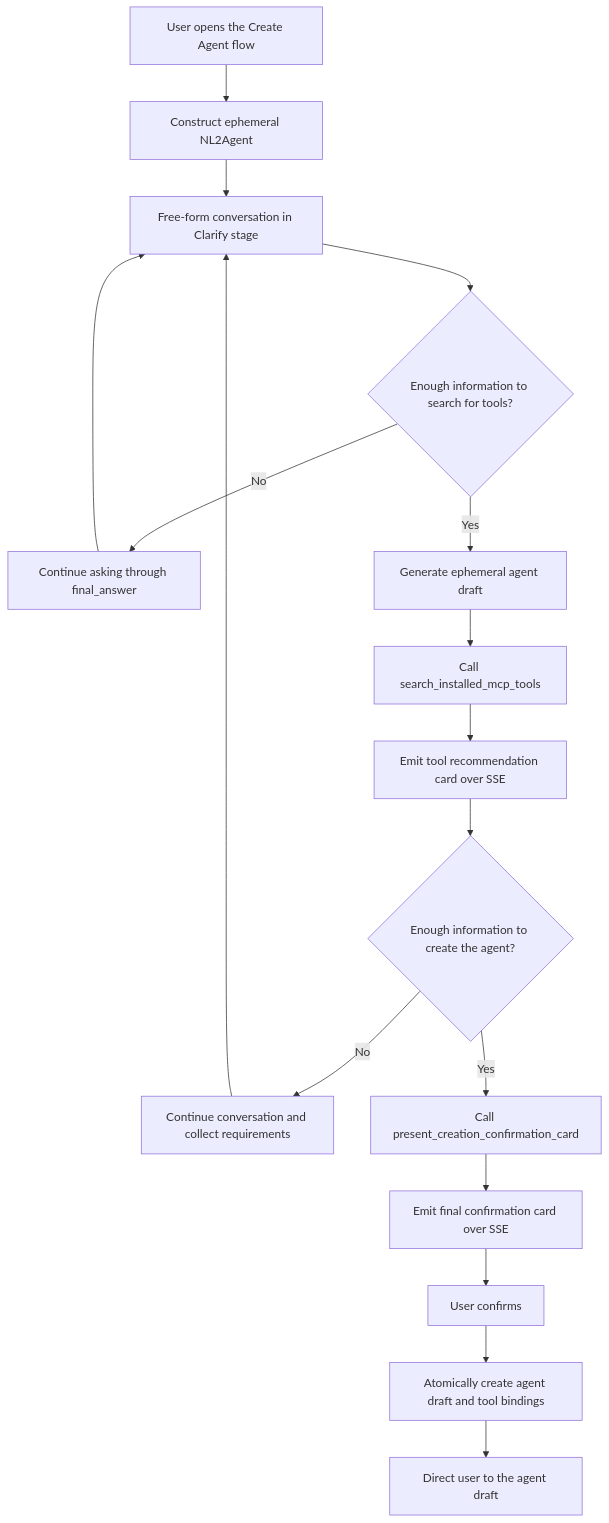
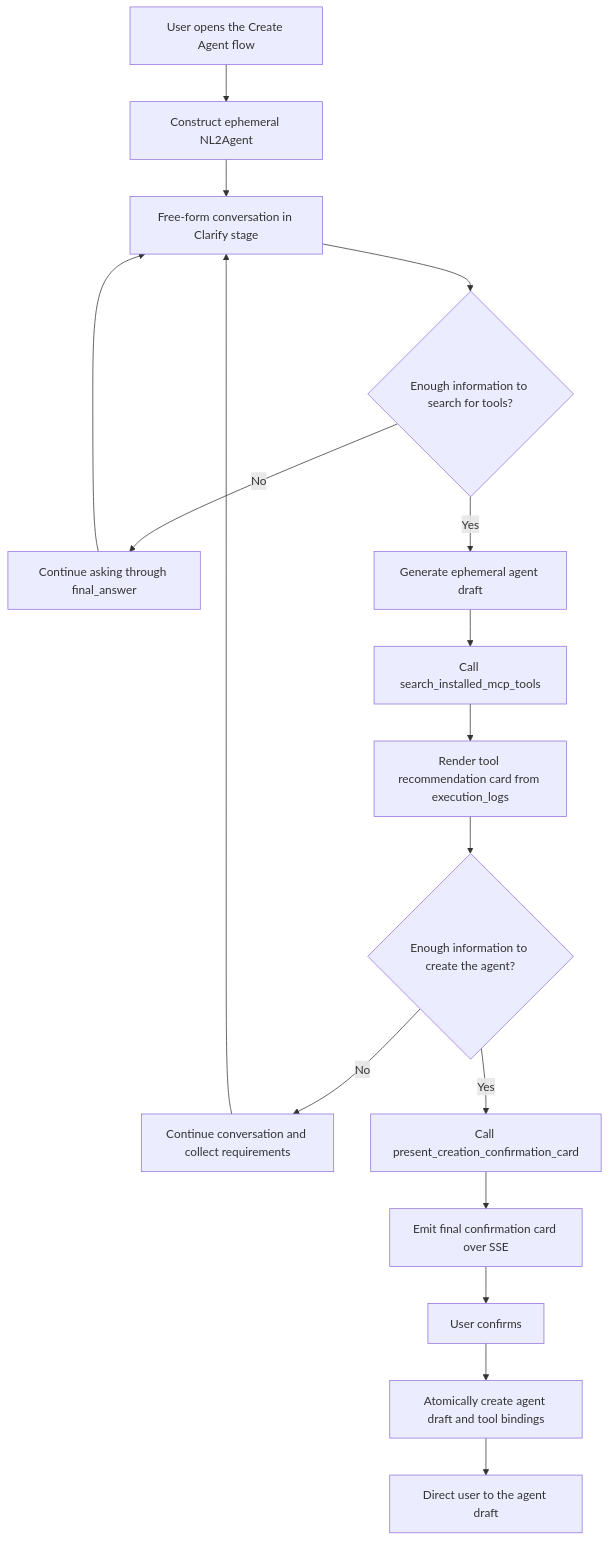
One commit to ModelEngine-Group/nexent changed the diagram in doc/nl2agent-design.md. Above: the diagram before and after it, drawn with Mermaid. The commit also changed other lines of this file and 1 other file, not shown here.

Commit message:
📝 Docs: Refine NL2Agent tool recommendation cards

````diff
--- a/doc/nl2agent-design.md
+++ b/doc/nl2agent-design.md
@@ -93,19 +93,19 @@
 ```mermaid
 flowchart TD
     A[User opens the Create Agent flow] --> B[Construct ephemeral NL2Agent]
     B --> C[Free-form conversation in Clarify stage]
     C --> D{Enough information to search for tools?}
     D -- No --> E[Continue asking through final_answer]
     E --> C
     D -- Yes --> F[Generate ephemeral agent draft]
     F --> G[Call search_installed_mcp_tools]
-    G --> H[Emit tool recommendation card over SSE]
+    G --> H[Render tool recommendation card from execution_logs]
     H --> I{Enough information to create the agent?}
     I -- No --> J[Continue conversation and collect requirements]
     J --> C
     I -- Yes --> K[Call present_creation_confirmation_card]
     K --> L[Emit final confirmation card over SSE]
     L --> M[User confirms]
     M --> N[Atomically create agent draft and tool bindings]
     N --> O[Direct user to the agent draft]
 ```
````
